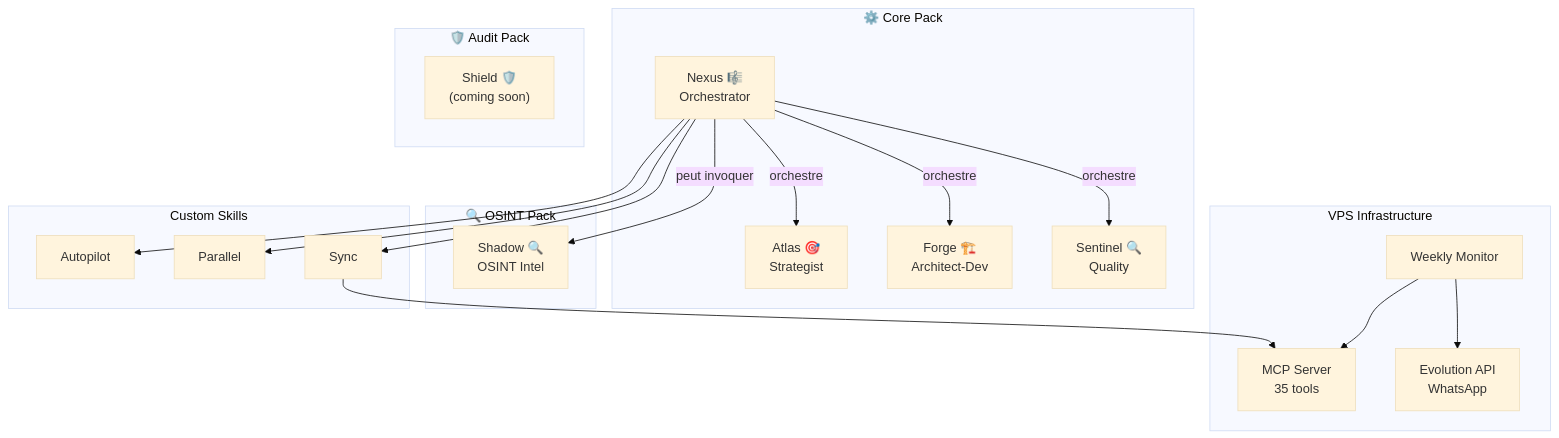
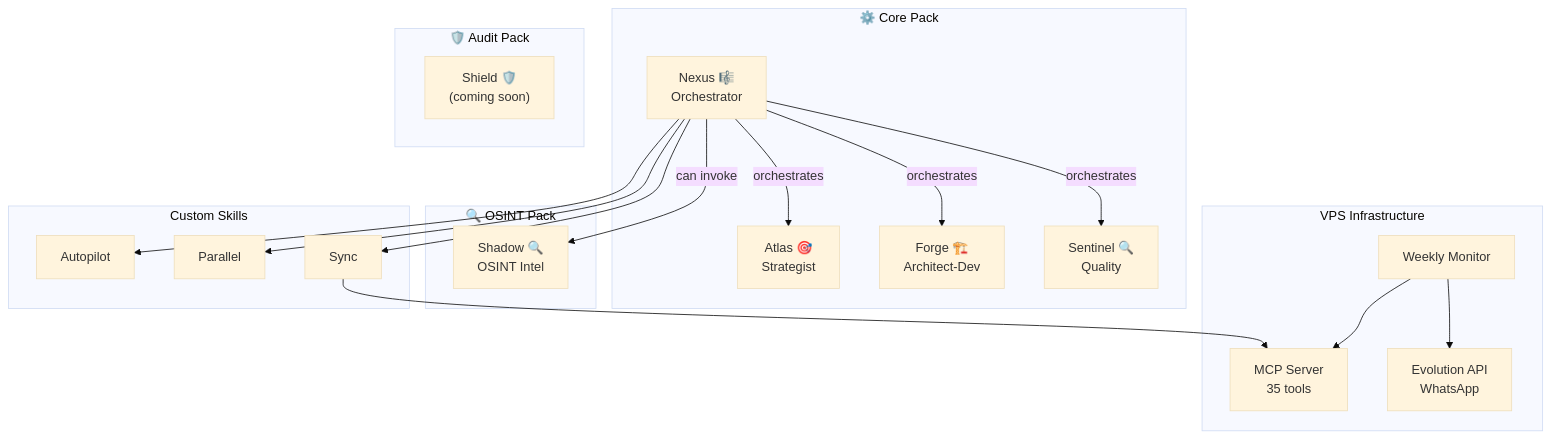
The diagram in README.md (lrochetta/BMAD-PLUS), drawn with Mermaid (base theme) before and after one commit. The commit also changed other lines of this file and 5 other files, not shown here.

````diff
--- a/README.md
+++ b/README.md
@@ -120,42 +122,42 @@
 ```mermaid
 graph TB
     subgraph Core["⚙️ Core Pack"]
         AT[Atlas 🎯<br/>Strategist]
         FG[Forge 🏗️<br/>Architect-Dev]
         SN[Sentinel 🔍<br/>Quality]
         NX[Nexus 🎼<br/>Orchestrator]
     end
 
     subgraph OSINT["🔍 OSINT Pack"]
         SH[Shadow 🔍<br/>OSINT Intel]
     end
 
     subgraph Audit["🛡️ Audit Pack"]
         SD["Shield 🛡️<br/>(coming soon)"]
     end
 
-    NX -->|orchestre| AT
-    NX -->|orchestre| FG
-    NX -->|orchestre| SN
-    NX -->|peut invoquer| SH
+    NX -->|orchestrates| AT
+    NX -->|orchestrates| FG
+    NX -->|orchestrates| SN
+    NX -->|can invoke| SH
 
     subgraph Skills["Custom Skills"]
         AP[Autopilot]
         PL[Parallel]
         SY[Sync]
     end
 
     NX --> AP
     NX --> PL
     NX --> SY
 
     subgraph VPS["VPS Infrastructure"]
         MCP[MCP Server<br/>35 tools]
         EVO[Evolution API<br/>WhatsApp]
         MON[Weekly Monitor]
     end
 
     SY --> MCP
     MON --> EVO
     MON --> MCP
 ```
````
